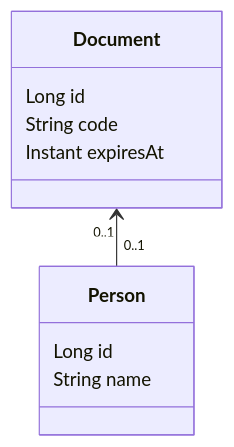
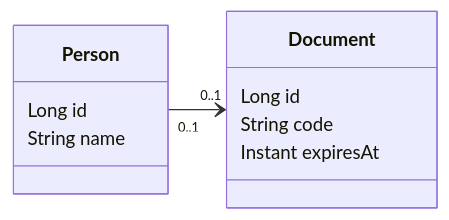
Before and after one commit to lucasvalenteds/poc-jpa-one-to-one-unidirectional: the first of 2 diagrams in README.md, drawn with Mermaid. The commit also changed other lines of this file, not shown here.

Commit message:
Adding Database Schema to README file

````diff
--- a/README.md
+++ b/README.md
@@ -18,16 +18,16 @@
 ```mermaid
 classDiagram
-direction BT
+direction LR
 
 class Document {
     Long  id
     String  code
     Instant  expiresAt
 }
 class Person {
     Long  id
     String  name
 }
 
 Person "0..1" --> "0..1" Document
 ```
````
